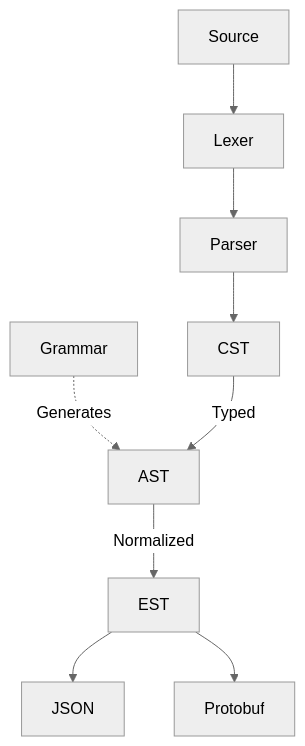
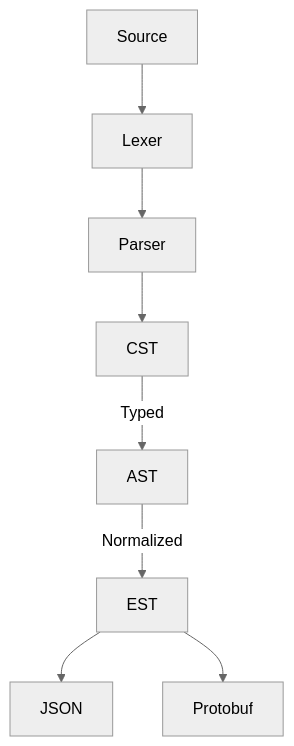
Before and after one commit to DuskSystems/duramen: the diagram in ARCHITECTURE.md, drawn with Mermaid (neutral theme). The commit also changed other lines of this file and 21 other files, not shown here.

````diff
--- a/ARCHITECTURE.md
+++ b/ARCHITECTURE.md
@@ -5,11 +5,10 @@
 ```mermaid
 graph TD
   Source --> Lexer
   Lexer --> Parser
-  Grammar -.->|Generates| AST
   Parser --> CST
   CST -->|Typed| AST
   AST -->|Normalized| EST
   EST --> JSON
   EST --> Protobuf
 ```
````
